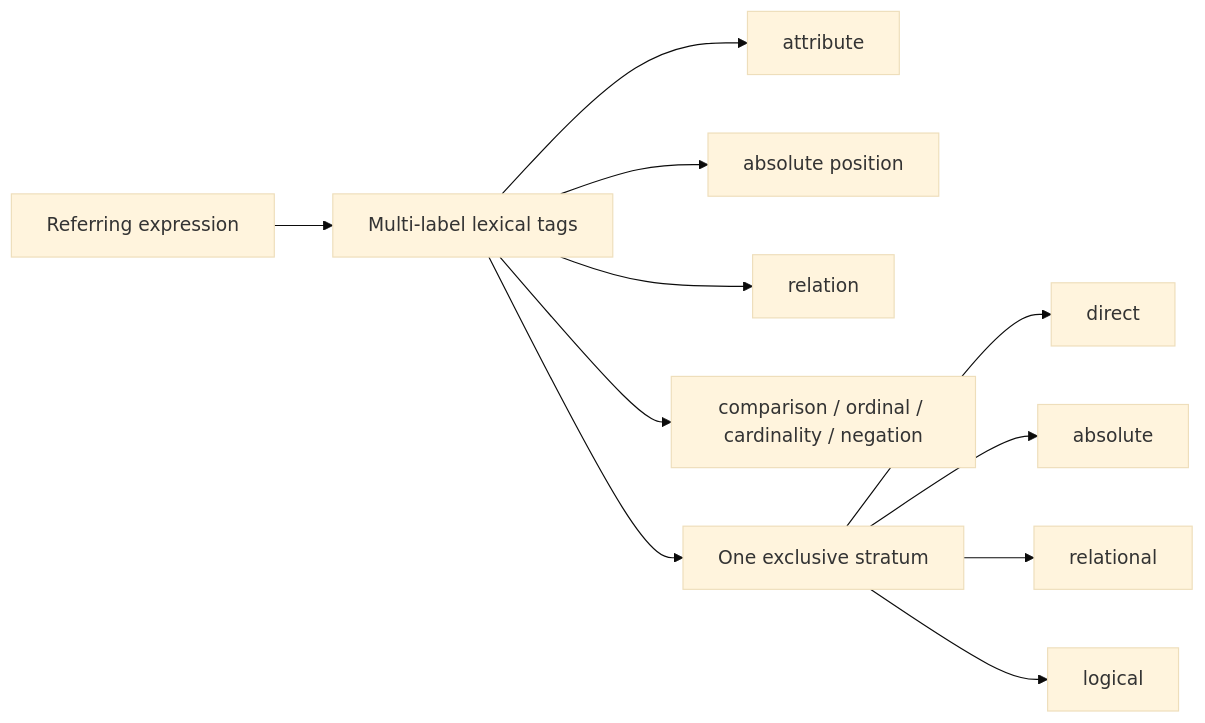
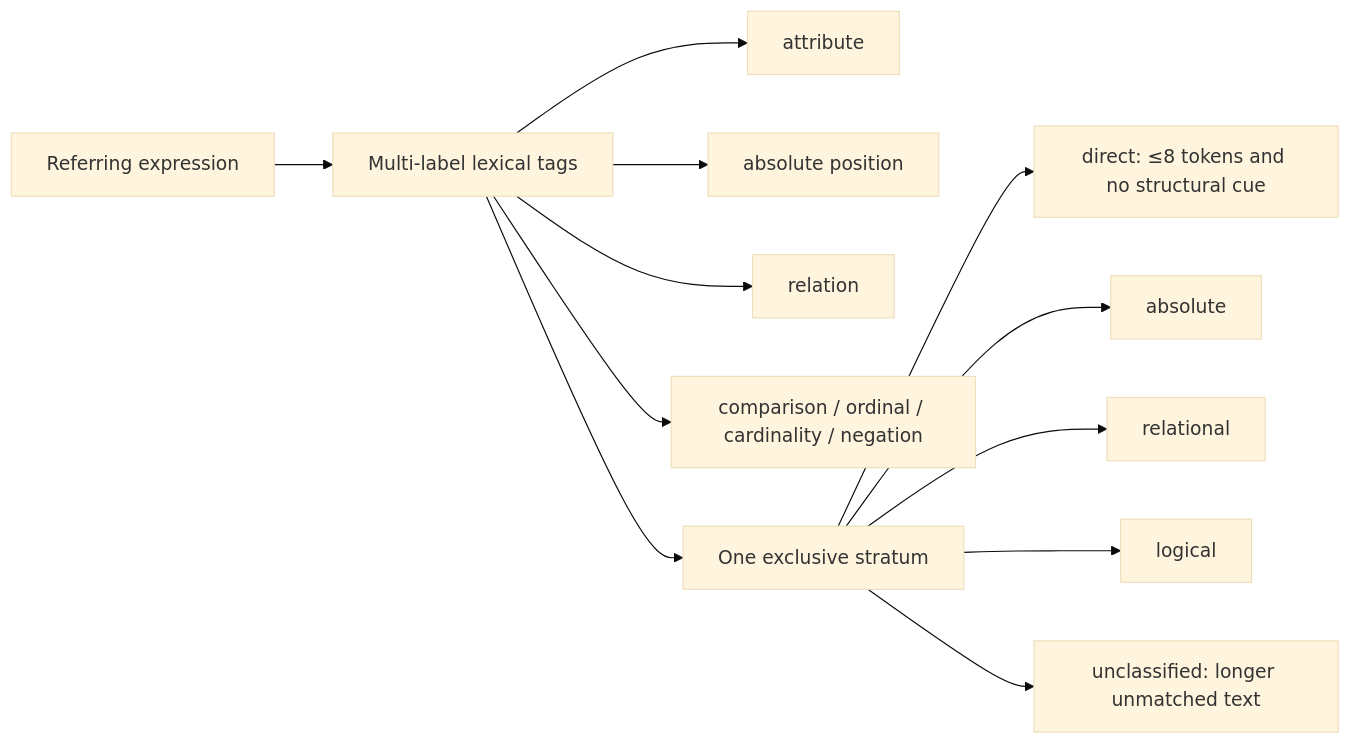
One commit to TarunTomar122/attention-is-all-you-need-for-vlms changed the diagram in docs/task-taxonomy.md. Above: the diagram before and after it, drawn with Mermaid (base theme). The commit also changed other lines of this file and 8 other files, not shown here.

````diff
--- a/docs/task-taxonomy.md
+++ b/docs/task-taxonomy.md
@@ -7,13 +7,14 @@
 ```mermaid
 flowchart LR
     E["Referring expression"] --> T["Multi-label lexical tags"]
     T --> A["attribute"]
     T --> P["absolute position"]
     T --> R["relation"]
     T --> L["comparison / ordinal / cardinality / negation"]
     T --> S["One exclusive stratum"]
-    S --> D["direct"]
+    S --> D["direct: ≤8 tokens and no structural cue"]
     S --> AP["absolute"]
     S --> RE["relational"]
     S --> LO["logical"]
+    S --> U["unclassified: longer unmatched text"]
 ```
````
